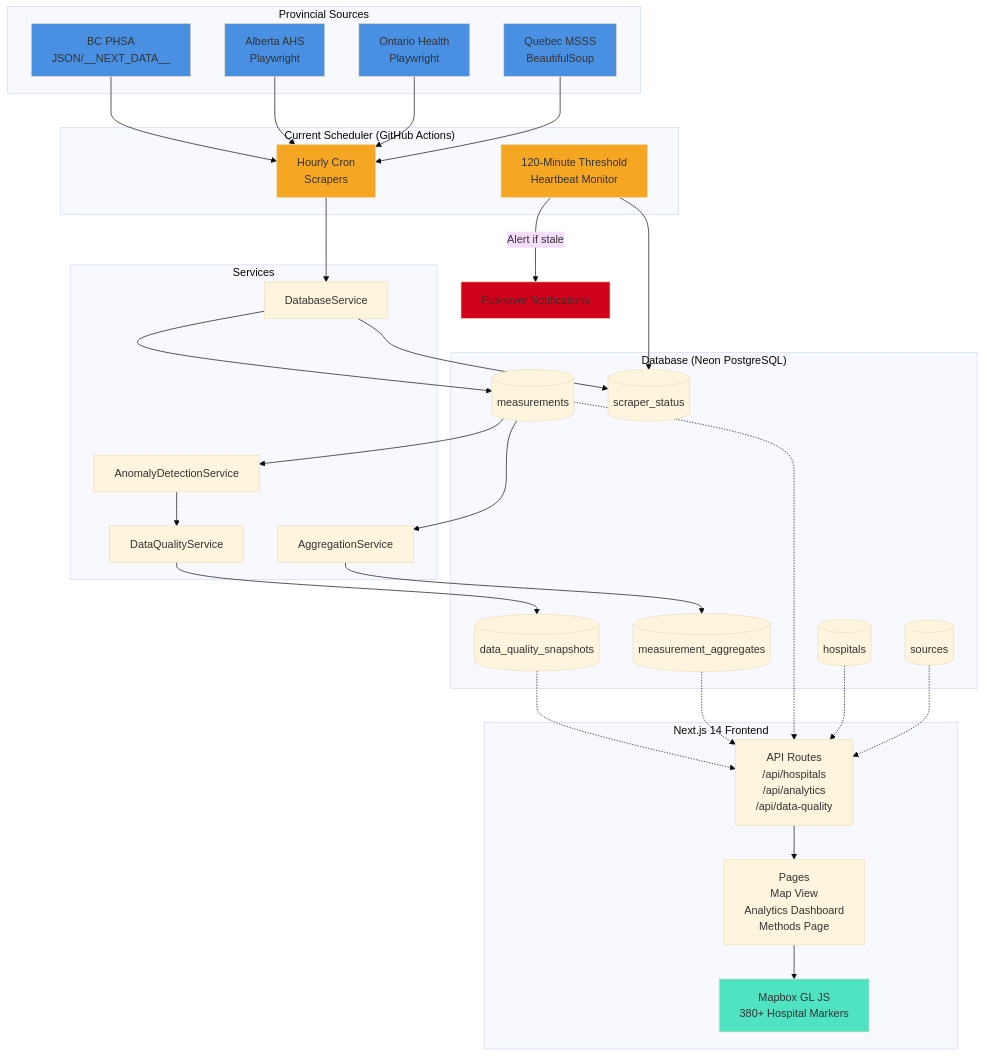
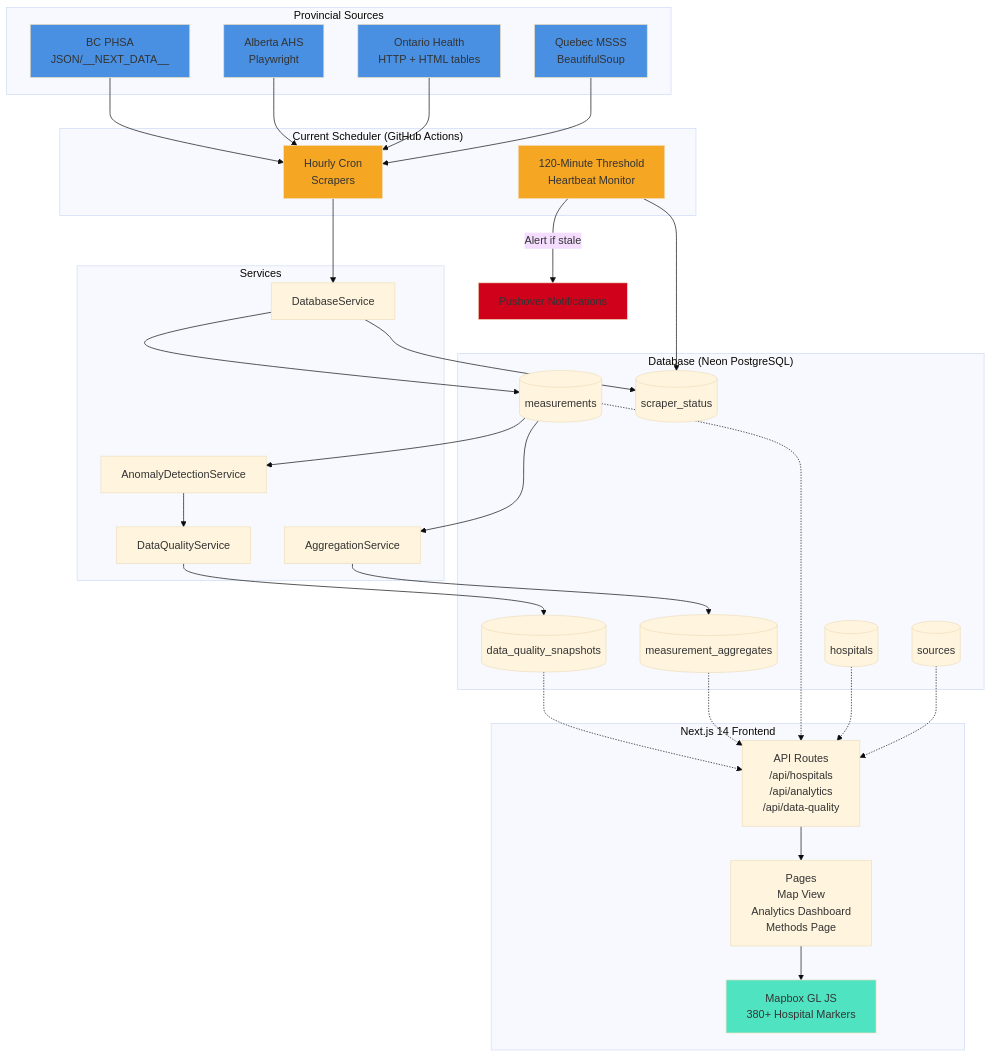
One commit to jerdaw/waittimecanada changed the diagram in README.md. Above: the diagram before and after it, drawn with Mermaid (base theme). The commit also changed other lines of this file and 7 other files, not shown here.

````diff
--- a/README.md
+++ b/README.md
@@ -100,73 +100,73 @@
 ```mermaid
 graph TD
     subgraph "Provincial Sources"
         QC[Quebec MSSS<br/>BeautifulSoup]
-        ON[Ontario Health<br/>Playwright]
+        ON[Ontario Health<br/>HTTP + HTML tables]
         AB[Alberta AHS<br/>Playwright]
         BC[BC PHSA<br/>JSON/__NEXT_DATA__]
     end
 
     subgraph "Current Scheduler (GitHub Actions)"
         CRON[Hourly Cron<br/>Scrapers]
         HB[120-Minute Threshold<br/>Heartbeat Monitor]
     end
 
     subgraph "Database (Neon PostgreSQL)"
         SOURCES[(sources)]
         HOSPITALS[(hospitals)]
         MEASUREMENTS[(measurements)]
         AGGREGATES[(measurement_aggregates)]
         QUALITY[(data_quality_snapshots)]
         STATUS[(scraper_status)]
     end
 
     subgraph "Next.js 14 Frontend"
         API[API Routes<br/>/api/hospitals<br/>/api/analytics<br/>/api/data-quality]
         PAGES[Pages<br/>Map View<br/>Analytics Dashboard<br/>Methods Page]
         MAP[Mapbox GL JS<br/>380+ Hospital Markers]
     end
 
     subgraph "Services"
         DB_SVC[DatabaseService]
         AGG_SVC[AggregationService]
         DQ_SVC[DataQualityService]
         ANOM_SVC[AnomalyDetectionService]
     end
 
     QC --> CRON
     ON --> CRON
     AB --> CRON
     BC --> CRON
 
     CRON --> DB_SVC
     DB_SVC --> MEASUREMENTS
     DB_SVC --> STATUS
 
     HB --> STATUS
     HB -->|Alert if stale| PUSHOVER[Pushover Notifications]
 
     MEASUREMENTS --> AGG_SVC
     AGG_SVC --> AGGREGATES
 
     MEASUREMENTS --> ANOM_SVC
     ANOM_SVC --> DQ_SVC
     DQ_SVC --> QUALITY
 
     SOURCES -.-> API
     HOSPITALS -.-> API
     MEASUREMENTS -.-> API
     AGGREGATES -.-> API
     QUALITY -.-> API
 
     API --> PAGES
     PAGES --> MAP
 
     style QC fill:#4A90E2
     style ON fill:#4A90E2
     style AB fill:#4A90E2
     style BC fill:#4A90E2
     style CRON fill:#F5A623
     style HB fill:#F5A623
     style PUSHOVER fill:#D0021B
     style MAP fill:#50E3C2
 ```
````
